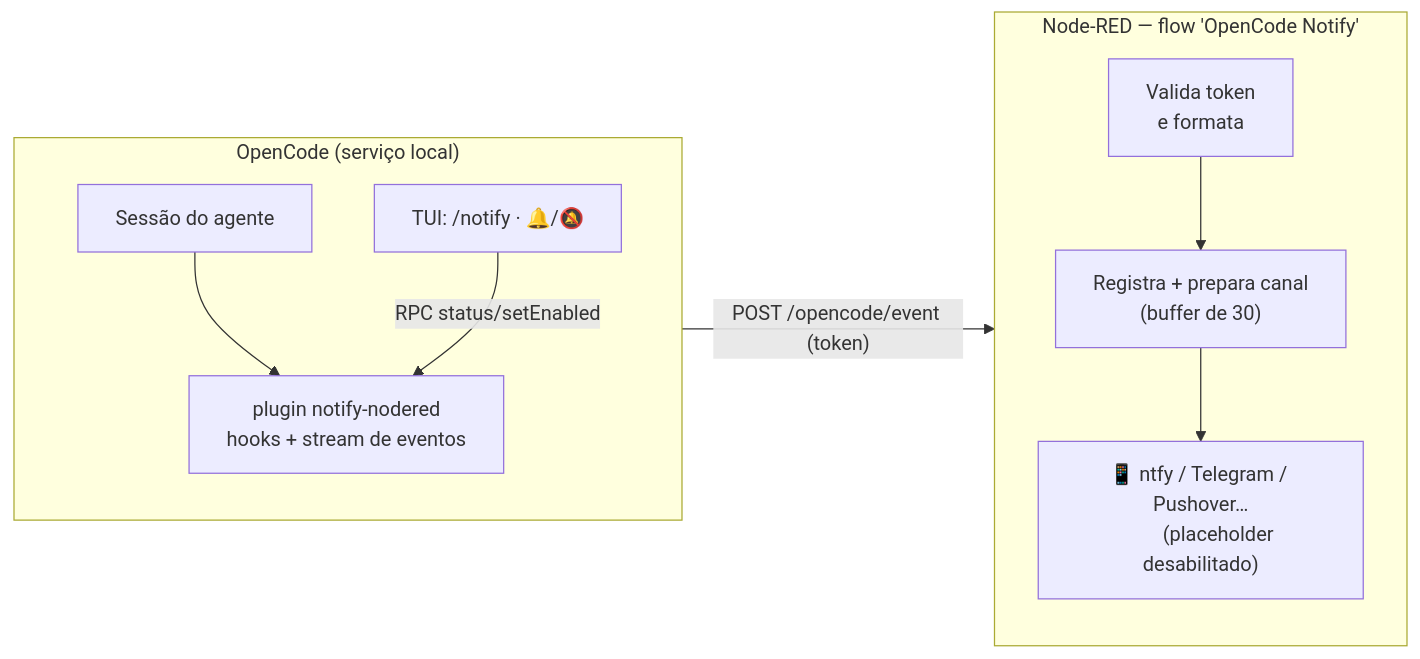
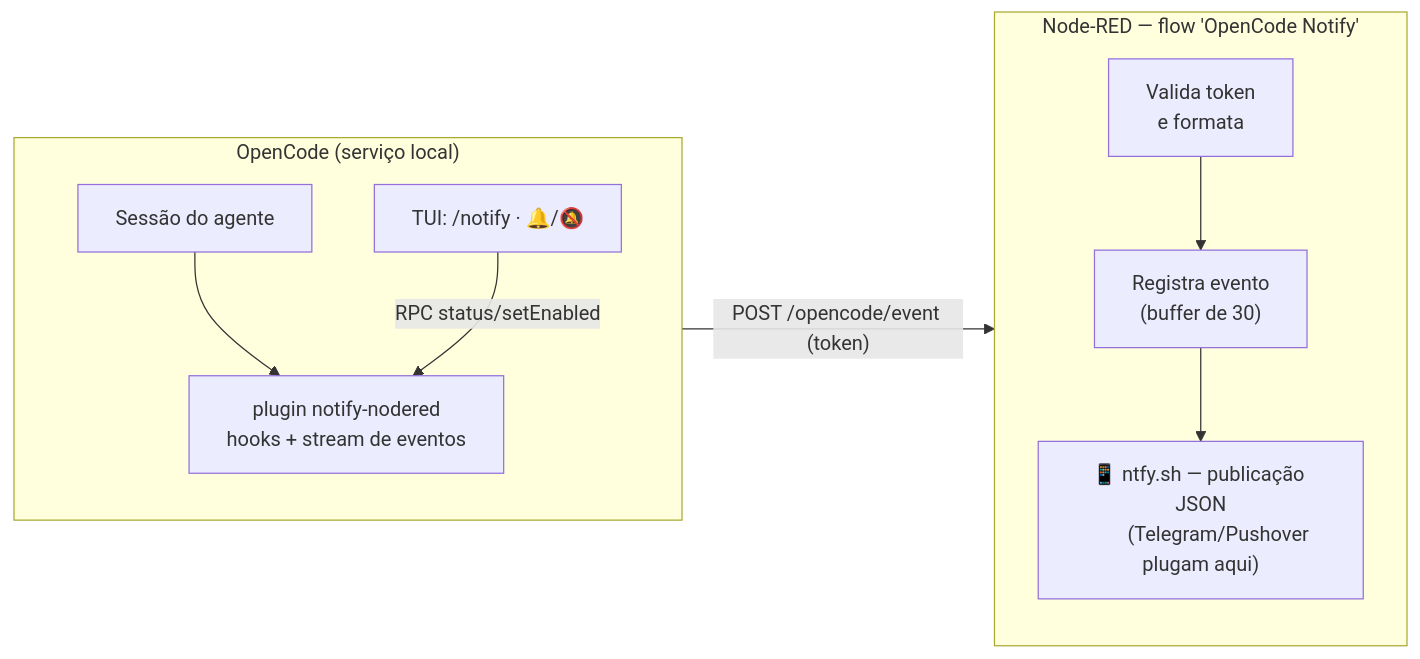
The diagram in README.md (Brook-sys/notify-opencode), drawn with Mermaid before and after one commit. The commit also changed other lines of this file and 12 other files, not shown here.

````diff
--- a/README.md
+++ b/README.md
@@ -20,24 +21,24 @@
 ```mermaid
 flowchart LR
     subgraph OC["OpenCode (serviço local)"]
         direction TB
         S["Sessão do agente"]
         P["plugin notify-nodered
         hooks + stream de eventos"]
         T["TUI: /notify · 🔔/🔕"]
     end
 
     subgraph NR["Node-RED — flow 'OpenCode Notify'"]
         direction TB
         V["Valida token
         e formata"]
-        R["Registra + prepara canal
+        R["Registra evento
         (buffer de 30)"]
-        C["📱 ntfy / Telegram / Pushover…
-        (placeholder desabilitado)"]
+        C["📱 ntfy.sh — publicação JSON
+        (Telegram/Pushover plugam aqui)"]
     end
 
     S --> P
     P -- "POST /opencode/event (token)" --> V --> R --> C
     T -- "RPC status/setEnabled" --> P
 ```
````
